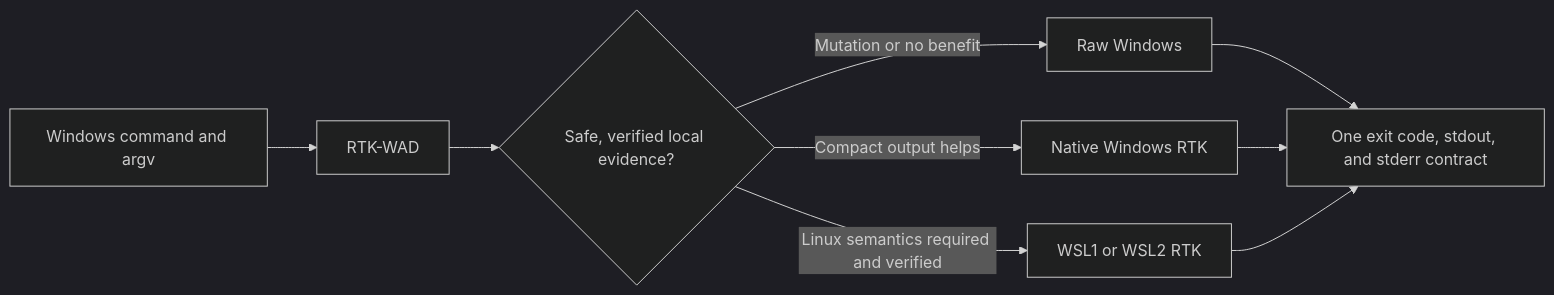
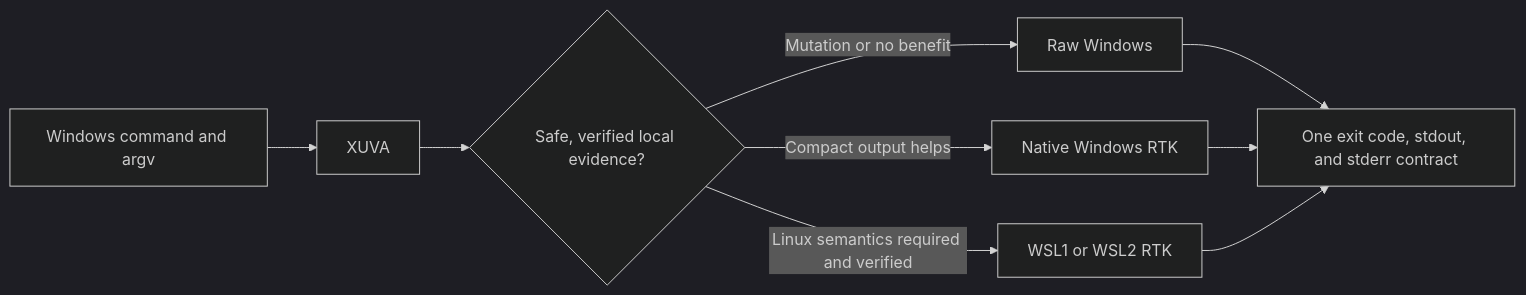
One commit to badaruddinl/rtk-wad changed the first of 2 diagrams in README.md. Above: the diagram before and after it, drawn with Mermaid (dark theme). The commit also changed other lines of this file and 54 other files, not shown here.

````diff
--- a/README.md
+++ b/README.md
@@ -44,11 +34,11 @@
 ```mermaid
 flowchart LR
-    A[Windows command and argv] --> B[RTK-WAD]
+    A[Windows command and argv] --> B[XUVA]
     B --> C{Safe, verified local evidence?}
     C -->|Mutation or no benefit| D[Raw Windows]
     C -->|Compact output helps| E[Native Windows RTK]
     C -->|Linux semantics required and verified| F[WSL1 or WSL2 RTK]
     D --> G[One exit code, stdout, and stderr contract]
     E --> G
     F --> G
 ```
````
